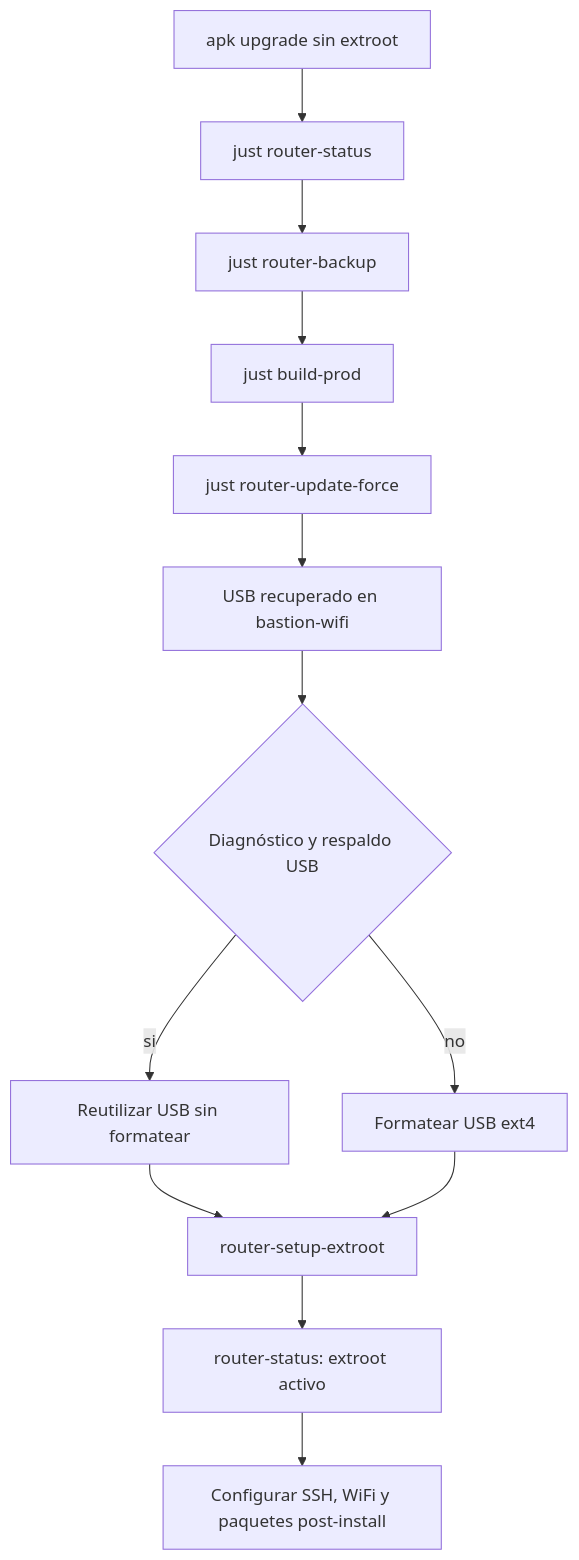
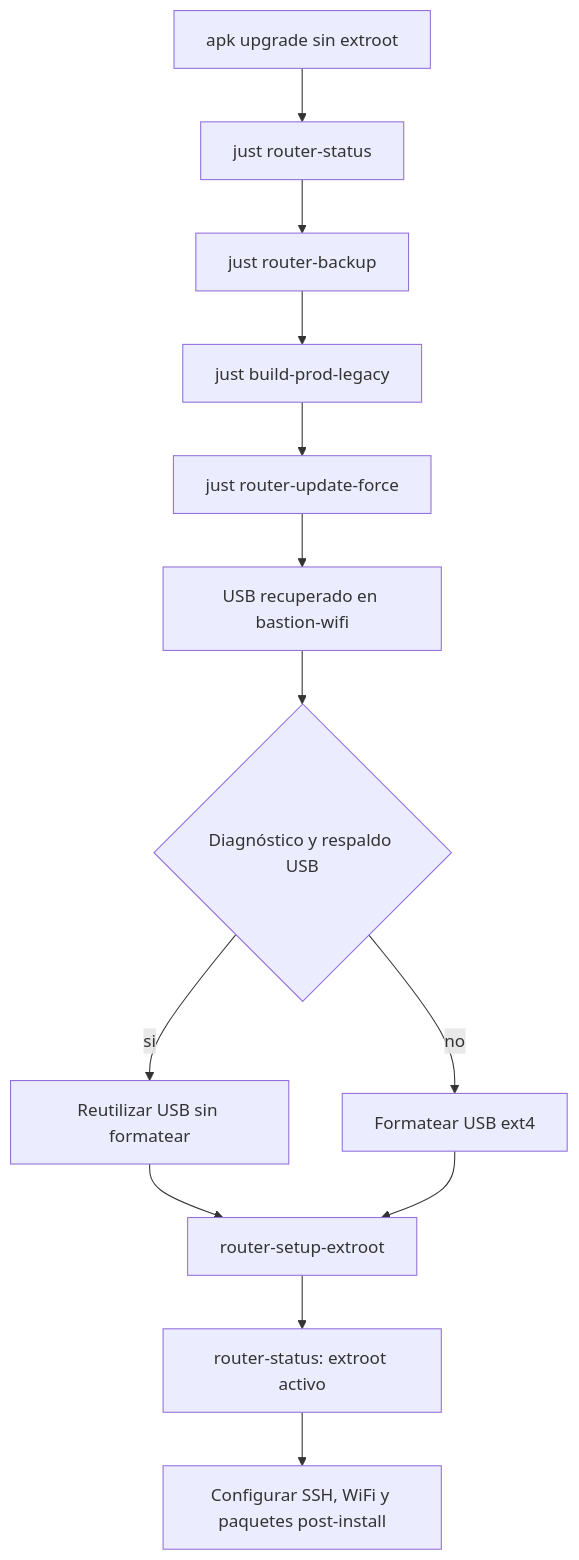
The diagram in docs/uses-case/examples/clean-reinstall-and-extroot-after-apk-upgrade.md (rafex/PoC-OpenWRT-Raspi3b), drawn with Mermaid before and after one commit. The commit also changed other lines of this file and 14 other files, not shown here.

````diff
--- a/docs/uses-case/examples/clean-reinstall-and-extroot-after-apk-upgrade.md
+++ b/docs/uses-case/examples/clean-reinstall-and-extroot-after-apk-upgrade.md
@@ -5,15 +5,15 @@
 ```mermaid
 flowchart TD
     start["apk upgrade sin extroot"] --> inspect["just router-status"]
     inspect --> backup["just router-backup"]
-    backup --> image["just build-prod"]
+    backup --> image["just build-prod-legacy"]
     image --> clean["just router-update-force"]
     clean --> usb["USB recuperado en bastion-wifi"]
     usb --> repair{"Diagnóstico y respaldo USB"}
     repair -- si --> reuse["Reutilizar USB sin formatear"]
     repair -- no --> format["Formatear USB ext4"]
     reuse --> setup["router-setup-extroot"]
     format --> setup
     setup --> verify["router-status: extroot activo"]
     verify --> post["Configurar SSH, WiFi y paquetes post-install"]
 ```
````
